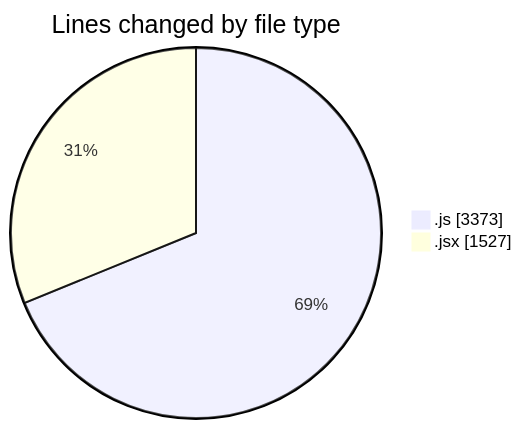
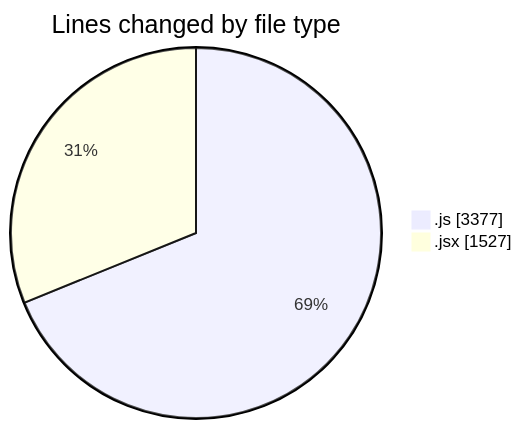
The first of 2 diagrams in 2025-08-13/nxtqube_webapp/README.md (nxtqubesakshisongat/code-tracking), drawn with Mermaid before and after one commit. The commit also changed other lines of this file and 1 other file, not shown here.

````diff
--- a/2025-08-13/nxtqube_webapp/README.md
+++ b/2025-08-13/nxtqube_webapp/README.md
@@ -23,6 +23,6 @@
 ```mermaid
 pie showData
 title Lines changed by file type
-".js" : 3373
+".js" : 3377
 ".jsx" : 1527
 ```
````
